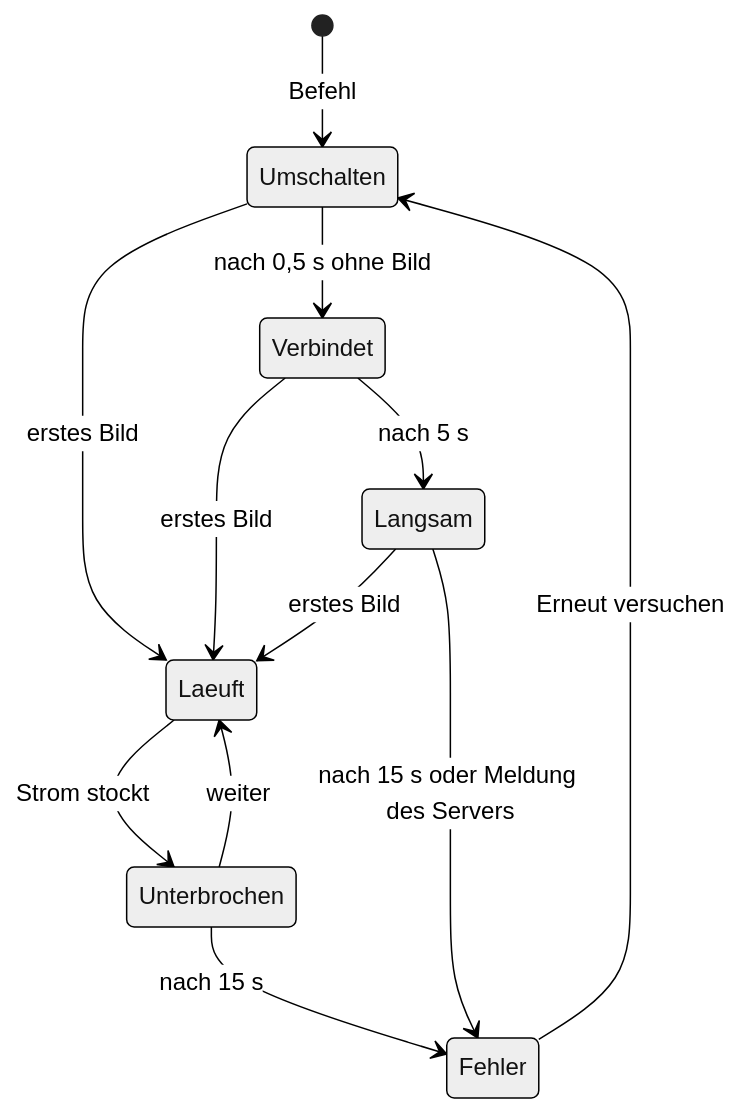
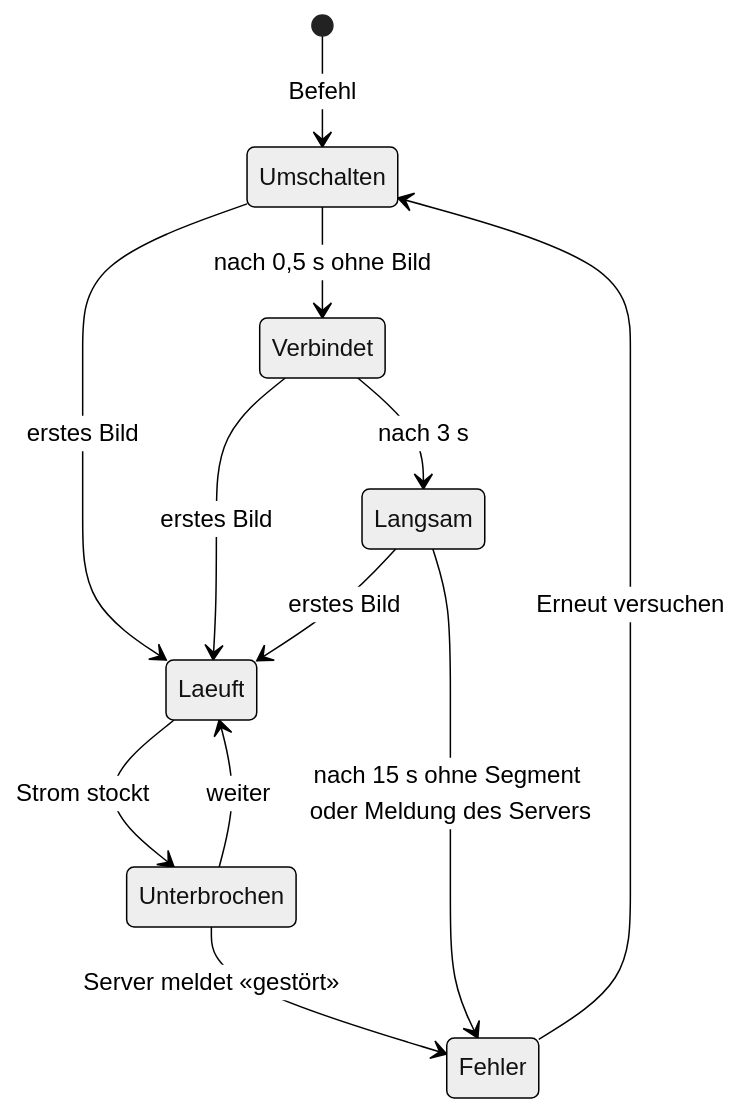
One commit to SlouchCat/slouchcat changed the second of 2 diagrams in docs/planning/28-live-tv/14-oberflaeche.md. Above: the diagram before and after it, drawn with Mermaid (neutral theme). The commit also changed other lines of this file and 1 other file, not shown here.

````diff
--- a/docs/planning/28-live-tv/14-oberflaeche.md
+++ b/docs/planning/28-live-tv/14-oberflaeche.md
@@ -1010,14 +1104,14 @@
 ```mermaid
 stateDiagram-v2
   [*] --> Umschalten: Befehl
   Umschalten --> Laeuft: erstes Bild
   Umschalten --> Verbindet: nach 0,5 s ohne Bild
   Verbindet --> Laeuft: erstes Bild
-  Verbindet --> Langsam: nach 5 s
+  Verbindet --> Langsam: nach 3 s
   Langsam --> Laeuft: erstes Bild
-  Langsam --> Fehler: nach 15 s oder Meldung des Servers
+  Langsam --> Fehler: nach 15 s ohne Segment oder Meldung des Servers
   Laeuft --> Unterbrochen: Strom stockt
   Unterbrochen --> Laeuft: weiter
-  Unterbrochen --> Fehler: nach 15 s
+  Unterbrochen --> Fehler: Server meldet «gestört»
   Fehler --> Umschalten: Erneut versuchen
 ```
````
